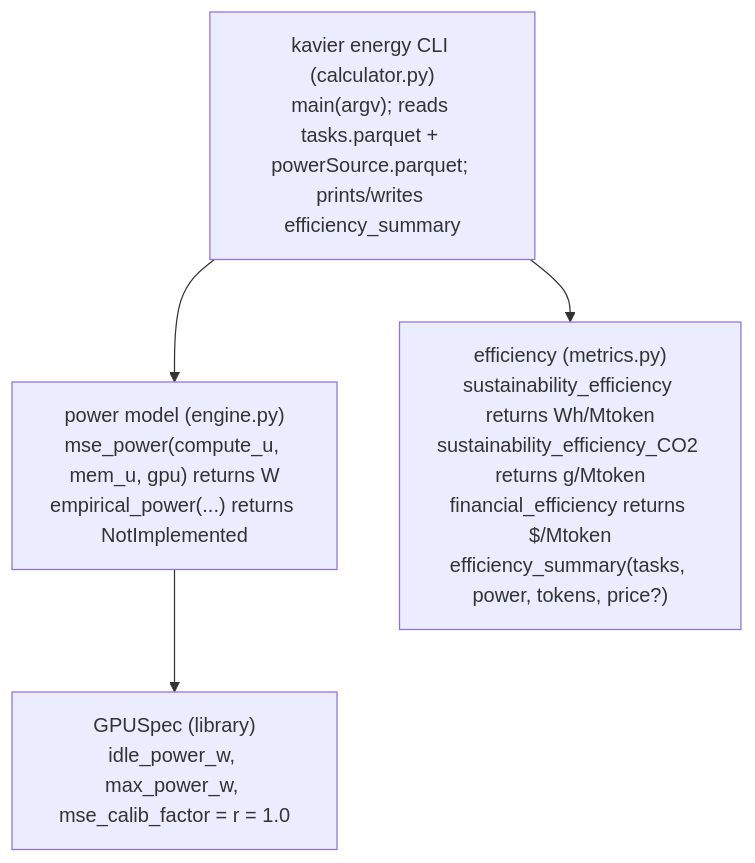
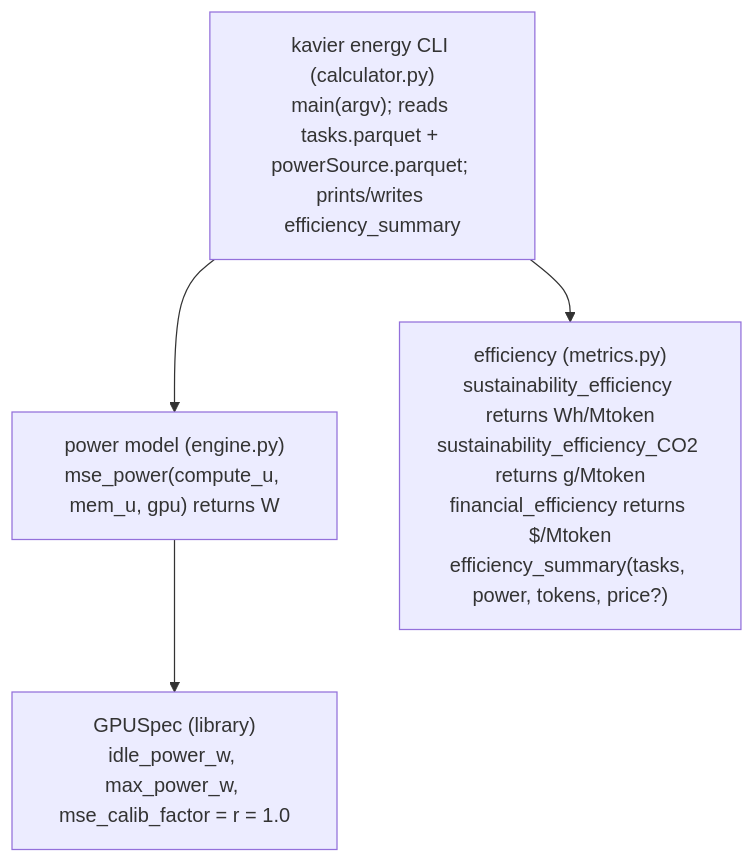
One commit to atlarge-research/Kavier changed the diagram in docs/content/energy.md. Above: the diagram before and after it, drawn with Mermaid. The commit also changed other lines of this file and 14 other files, not shown here.

````diff
--- a/docs/content/energy.md
+++ b/docs/content/energy.md
@@ -95,11 +95,11 @@
 ```mermaid
 flowchart TD
-    power["power model (engine.py)<br/>mse_power(compute_u, mem_u, gpu) returns W<br/>empirical_power(...) returns NotImplemented"]
+    power["power model (engine.py)<br/>mse_power(compute_u, mem_u, gpu) returns W"]
     eff["efficiency (metrics.py)<br/>sustainability_efficiency returns Wh/Mtoken<br/>sustainability_efficiency_CO2 returns g/Mtoken<br/>financial_efficiency returns $/Mtoken<br/>efficiency_summary(tasks, power, tokens, price?)"]
     cli["kavier energy CLI (calculator.py)<br/>main(argv); reads tasks.parquet + powerSource.parquet; prints/writes efficiency_summary"]
     gpuspec["GPUSpec (library)<br/>idle_power_w, max_power_w, mse_calib_factor = r = 1.0"]
 
     cli --> power
     cli --> eff
     power --> gpuspec
 ```
````
